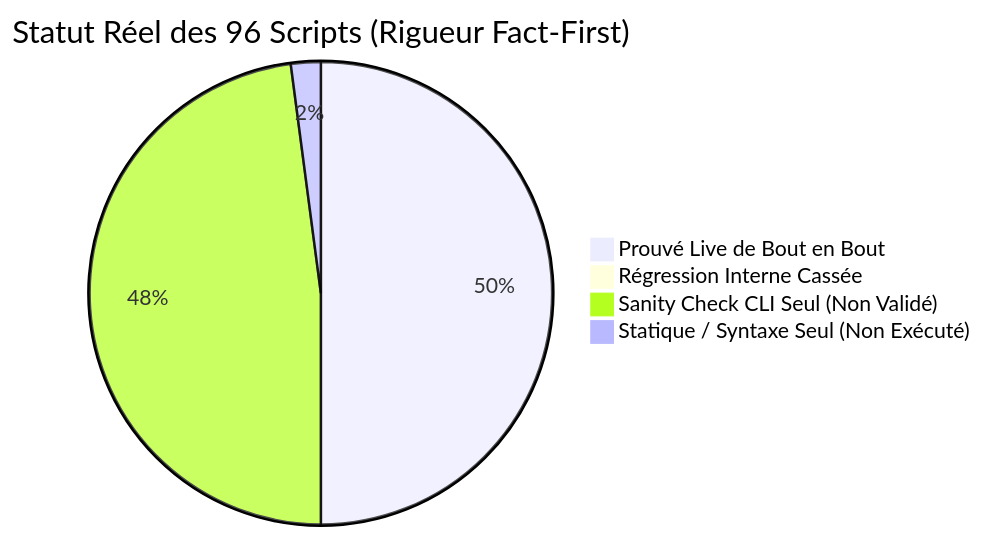
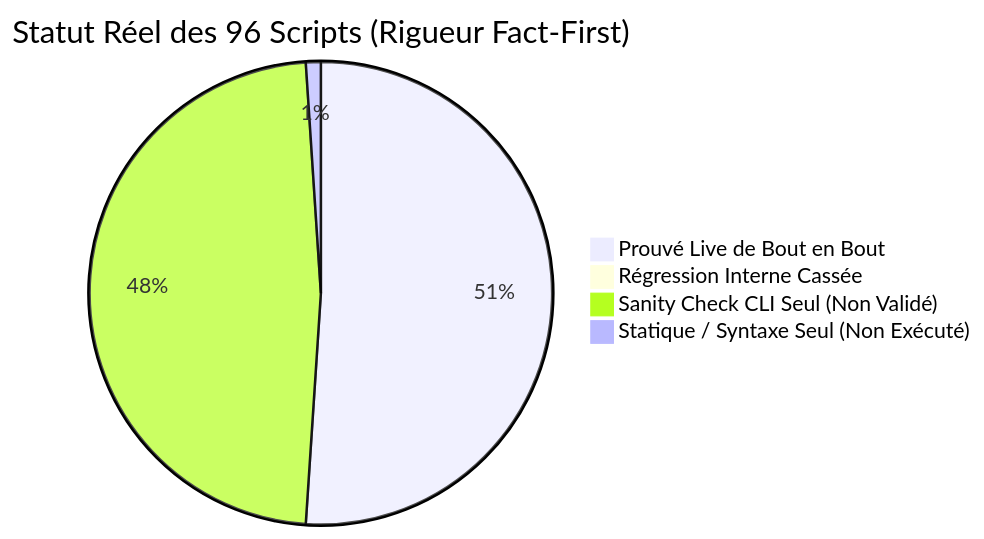
One commit to yoyonel/pydbsrt changed the diagram in docs/reference/2026-11-10-audit-exhaustif-scripts-regressions.md. Above: the diagram before and after it, drawn with Mermaid. The commit also changed other lines of this file and 2 other files, not shown here.

````diff
--- a/docs/reference/2026-11-10-audit-exhaustif-scripts-regressions.md
+++ b/docs/reference/2026-11-10-audit-exhaustif-scripts-regressions.md
@@ -16,7 +16,7 @@
 ```mermaid
 pie title Statut Réel des 96 Scripts (Rigueur Fact-First)
-    "Prouvé Live de Bout en Bout" : 48
+    "Prouvé Live de Bout en Bout" : 49
     "Régression Interne Cassée" : 0
     "Sanity Check CLI Seul (Non Validé)" : 46
-    "Statique / Syntaxe Seul (Non Exécuté)" : 2
+    "Statique / Syntaxe Seul (Non Exécuté)" : 1
 ```
````
